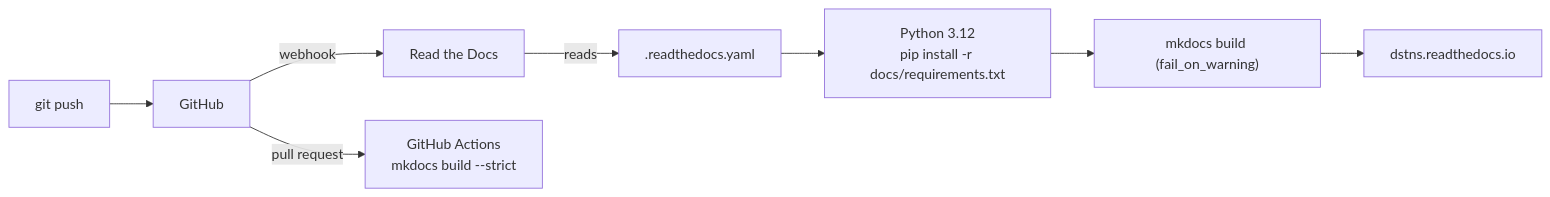
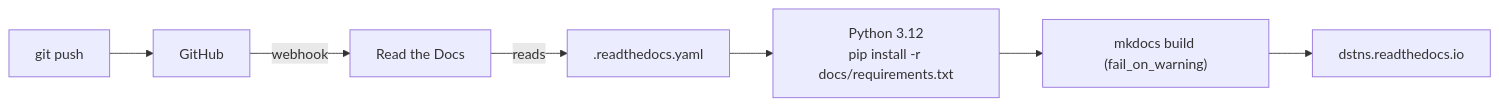
The diagram in docs/development/documentation.md (varunkarthic/DSTNS), drawn with Mermaid before and after one commit. The commit also changed other lines of this file and 20 other files, not shown here.

````diff
--- a/docs/development/documentation.md
+++ b/docs/development/documentation.md
@@ -22,10 +24,9 @@
 ```mermaid
 flowchart LR
     Push["git push"] --> GH["GitHub"]
     GH -- "webhook" --> RTD["Read the Docs"]
     RTD -- "reads" --> Cfg[".readthedocs.yaml"]
     Cfg --> Py["Python 3.12<br/>pip install -r docs/requirements.txt"]
     Py --> Build["mkdocs build (fail_on_warning)"]
     Build --> Site["dstns.readthedocs.io"]
-    GH -- "pull request" --> CI["GitHub Actions<br/>mkdocs build --strict"]
 ```
````
